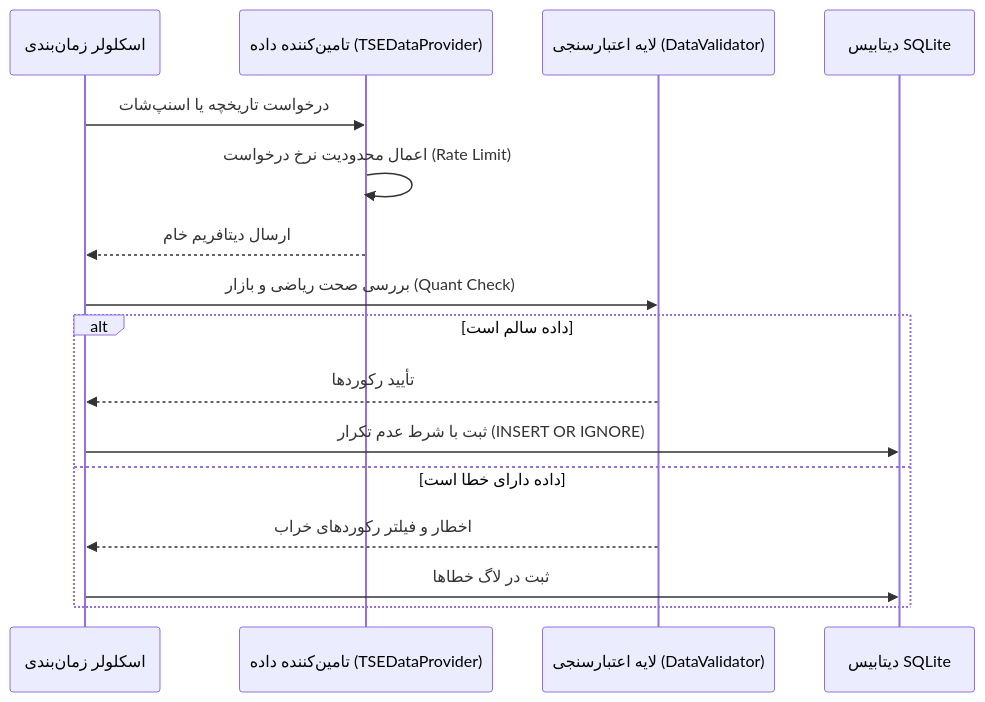
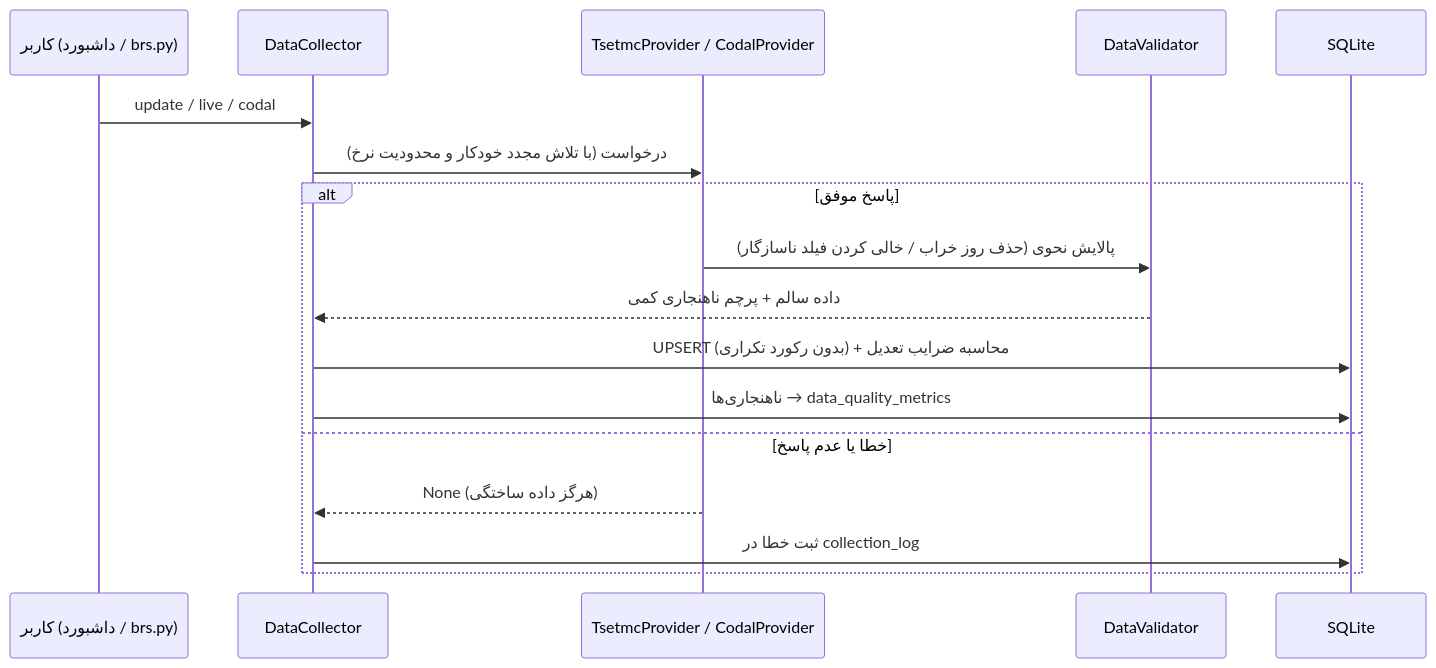
The diagram in docs/data_pipeline.md (CodeinScrubs/bourceir), drawn with Mermaid before and after one commit. The commit also changed other lines of this file and 72 other files, not shown here.

First line of the commit message:
feat(foundation): BRS v0.5.0 phase 1a — bulletproof data foundation for TSE/IFB stocks

````diff
--- a/docs/data_pipeline.md
+++ b/docs/data_pipeline.md
@@ -5,19 +5,20 @@
 ```mermaid
 sequenceDiagram
-    participant Scheduler as اسکلولر زمان‌بندی
-    participant Provider as تامین‌کننده داده (TSEDataProvider)
-    participant Validator as لایه اعتبارسنجی (DataValidator)
-    participant DB as دیتابیس SQLite
+    participant User as کاربر (داشبورد / brs.py)
+    participant Collector as DataCollector
+    participant Provider as TsetmcProvider / CodalProvider
+    participant Validator as DataValidator
+    participant DB as SQLite
 
-    Scheduler->>Provider: درخواست تاریخچه یا اسنپ‌شات
-    Provider->>Provider: اعمال محدودیت نرخ درخواست (Rate Limit)
-    Provider-->>Scheduler: ارسال دیتافریم خام
-    Scheduler->>Validator: بررسی صحت ریاضی و بازار (Quant Check)
-    alt داده سالم است
-        Validator-->>Scheduler: تأیید رکوردها
-        Scheduler->>DB: ثبت با شرط عدم تکرار (INSERT OR IGNORE)
-    else داده دارای خطا است
-        Validator-->>Scheduler: اخطار و فیلتر رکوردهای خراب
-        Scheduler->>DB: ثبت در لاگ خطاها
+    User->>Collector: update / live / codal
+    Collector->>Provider: درخواست (با تلاش مجدد خودکار و محدودیت نرخ)
+    alt پاسخ موفق
+        Provider->>Validator: پالایش نحوی (حذف روز خراب / خالی کردن فیلد ناسازگار)
+        Validator-->>Collector: داده سالم + پرچم ناهنجاری کمی
+        Collector->>DB: UPSERT (بدون رکورد تکراری) + محاسبه ضرایب تعدیل
+        Collector->>DB: ناهنجاری‌ها → data_quality_metrics
+    else خطا یا عدم پاسخ
+        Provider-->>Collector: None (هرگز داده ساختگی)
+        Collector->>DB: ثبت خطا در collection_log
     end
 ```
````
